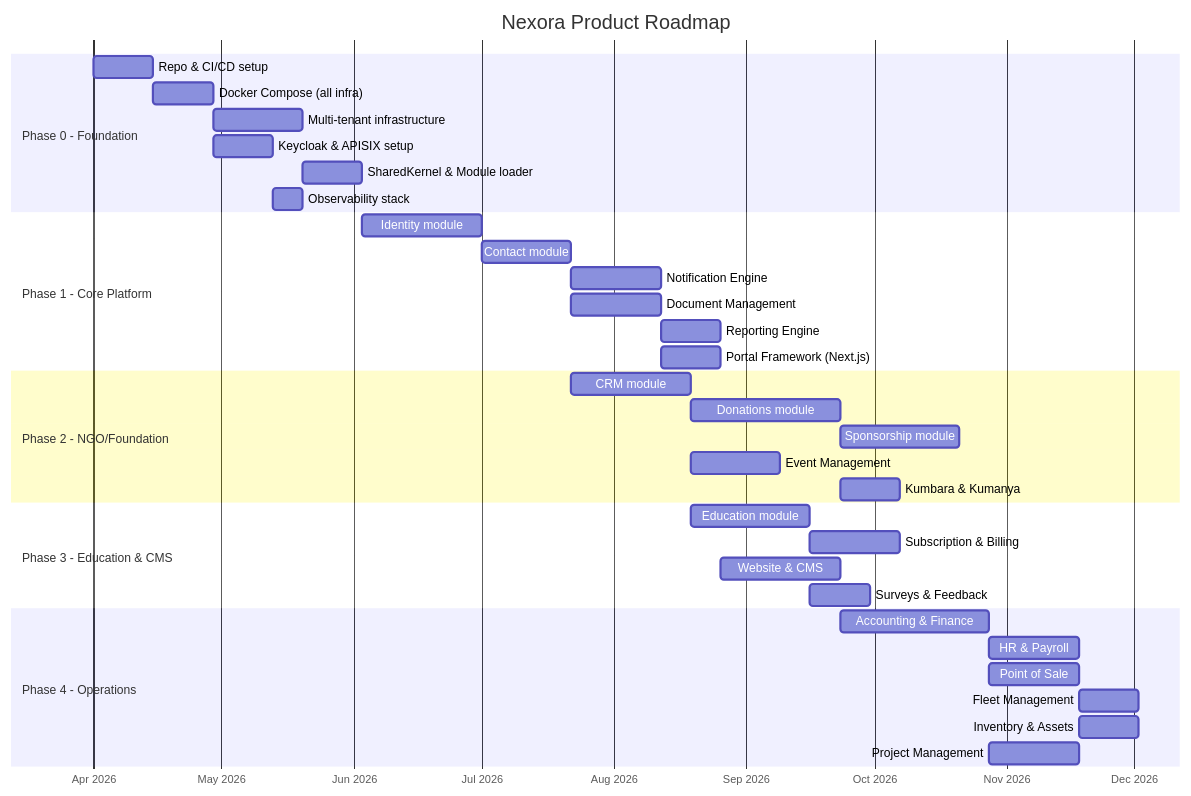
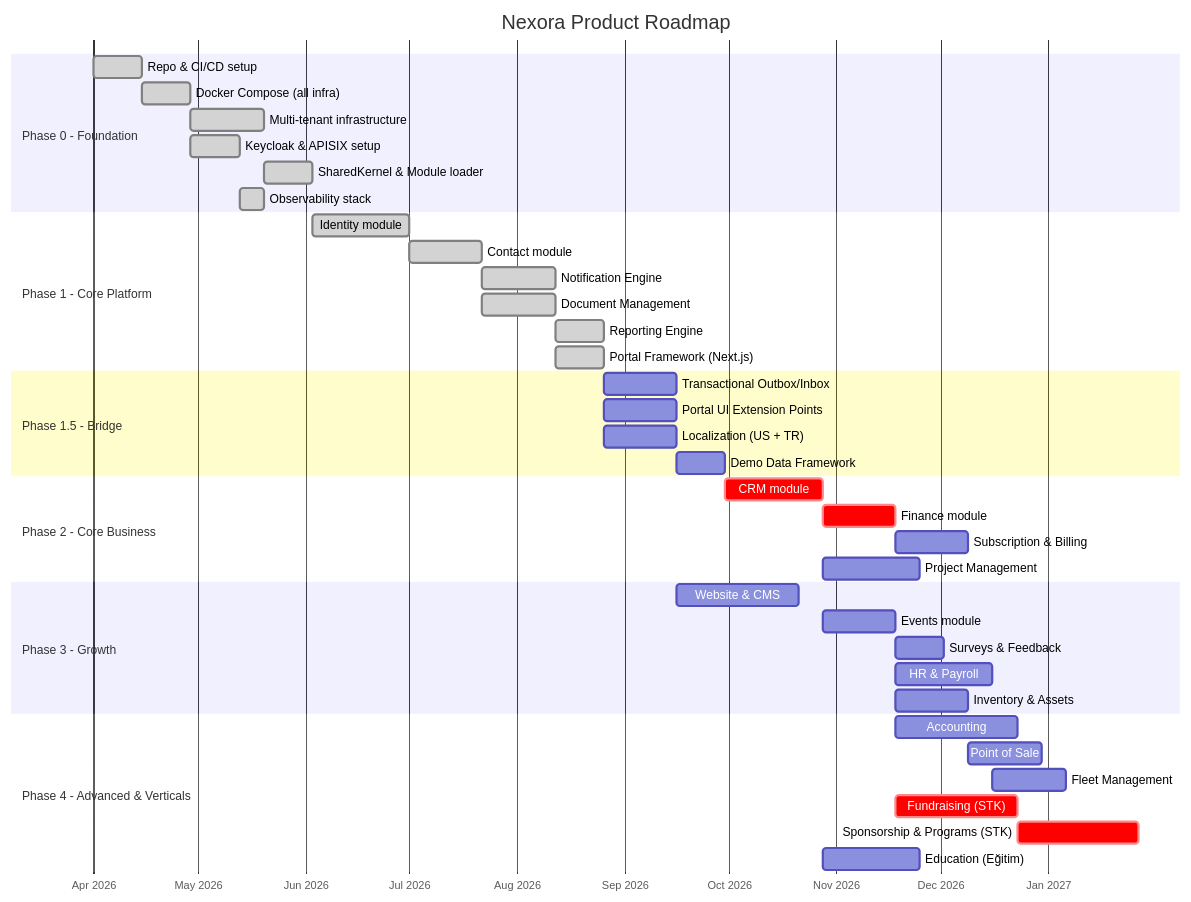
Before and after one commit to cemililik/Nexora: the first of 2 diagrams in docs/roadmap/ROADMAP.md, drawn with Mermaid. The commit also changed other lines of this file and 13 other files, not shown here.

````diff
--- a/docs/roadmap/ROADMAP.md
+++ b/docs/roadmap/ROADMAP.md
@@ -5,43 +5,49 @@
 ```mermaid
 gantt
     title Nexora Product Roadmap
     dateFormat YYYY-MM-DD
     axisFormat %b %Y
 
     section Phase 0 - Foundation
-    Repo & CI/CD setup           :p0a, 2026-04-01, 2w
-    Docker Compose (all infra)   :p0b, after p0a, 2w
-    Multi-tenant infrastructure  :p0c, after p0b, 3w
-    Keycloak & APISIX setup      :p0d, after p0b, 2w
-    SharedKernel & Module loader :p0e, after p0c, 2w
-    Observability stack          :p0f, after p0d, 1w
+    Repo & CI/CD setup           :done, p0a, 2026-04-01, 2w
+    Docker Compose (all infra)   :done, p0b, after p0a, 2w
+    Multi-tenant infrastructure  :done, p0c, after p0b, 3w
+    Keycloak & APISIX setup      :done, p0d, after p0b, 2w
+    SharedKernel & Module loader :done, p0e, after p0c, 2w
+    Observability stack          :done, p0f, after p0d, 1w
 
     section Phase 1 - Core Platform
-    Identity module              :p1a, after p0e, 4w
-    Contact module               :p1b, after p1a, 3w
-    Notification Engine          :p1c, after p1b, 3w
-    Document Management          :p1d, after p1b, 3w
-    Reporting Engine             :p1e, after p1c, 2w
-    Portal Framework (Next.js)   :p1f, after p1d, 2w
+    Identity module              :done, p1a, after p0e, 4w
+    Contact module               :done, p1b, after p1a, 3w
+    Notification Engine          :done, p1c, after p1b, 3w
+    Document Management          :done, p1d, after p1b, 3w
+    Reporting Engine             :done, p1e, after p1c, 2w
+    Portal Framework (Next.js)   :done, p1f, after p1d, 2w
 
-    section Phase 2 - NGO/Foundation
-    CRM module                   :p2a, after p1b, 4w
-    Donations module             :p2b, after p2a, 5w
-    Sponsorship module           :p2c, after p2b, 4w
-    Event Management             :p2d, after p2a, 3w
-    Kumbara & Kumanya            :p2e, after p2b, 2w
+    section Phase 1.5 - Bridge
+    Transactional Outbox/Inbox   :p15a, after p1e, 3w
+    Portal UI Extension Points   :p15b, after p1f, 3w
+    Localization (US + TR)       :p15c, after p1e, 3w
+    Demo Data Framework          :p15d, after p15a, 2w
 
-    section Phase 3 - Education & CMS
-    Education module             :p3a, after p2a, 4w
-    Subscription & Billing       :p3b, after p3a, 3w
-    Website & CMS                :p3c, after p1f, 4w
-    Surveys & Feedback           :p3d, after p3a, 2w
+    section Phase 2 - Core Business
+    CRM module                   :crit, p2a, after p15d, 4w
+    Finance module               :crit, p2b, after p2a, 3w
+    Subscription & Billing       :p2c, after p2b, 3w
+    Project Management           :p2d, after p2a, 4w
 
-    section Phase 4 - Operations
-    Accounting & Finance         :p4a, after p2b, 5w
-    HR & Payroll                 :p4b, after p4a, 3w
-    Point of Sale                :p4c, after p4a, 3w
-    Fleet Management             :p4d, after p4b, 2w
-    Inventory & Assets           :p4e, after p4c, 2w
-    Project Management           :p4f, after p4a, 3w
+    section Phase 3 - Growth
+    Website & CMS                :p3a, after p15b, 5w
+    Events module                :p3b, after p2a, 3w
+    Surveys & Feedback           :p3c, after p3b, 2w
+    HR & Payroll                 :p3d, after p2b, 4w
+    Inventory & Assets           :p3e, after p2b, 3w
+
+    section Phase 4 - Advanced & Verticals
+    Accounting                   :p4a, after p2b, 5w
+    Point of Sale                :p4b, after p3e, 3w
+    Fleet Management             :p4c, after p3d, 3w
+    Fundraising (STK)            :crit, p4d, after p2b, 5w
+    Sponsorship & Programs (STK) :crit, p4e, after p4d, 5w
+    Education (Eğitim)           :p4f, after p2a, 4w
 ```
````
